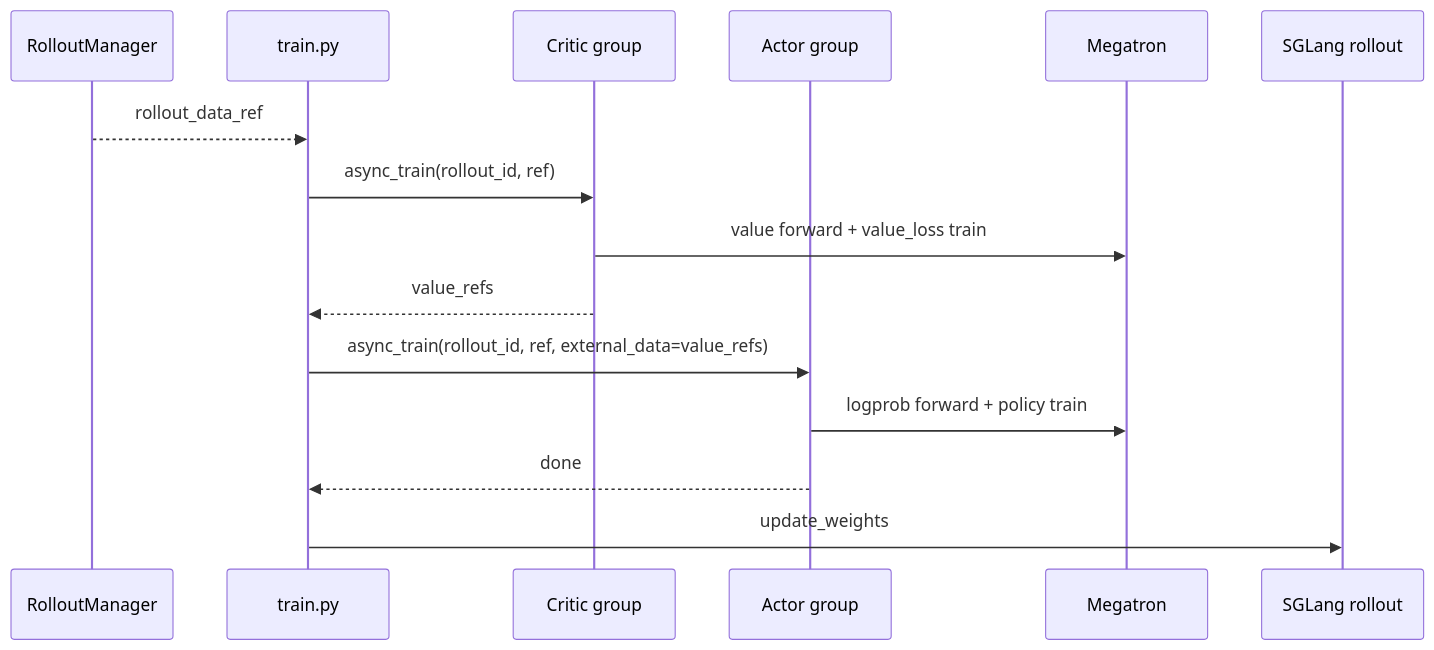
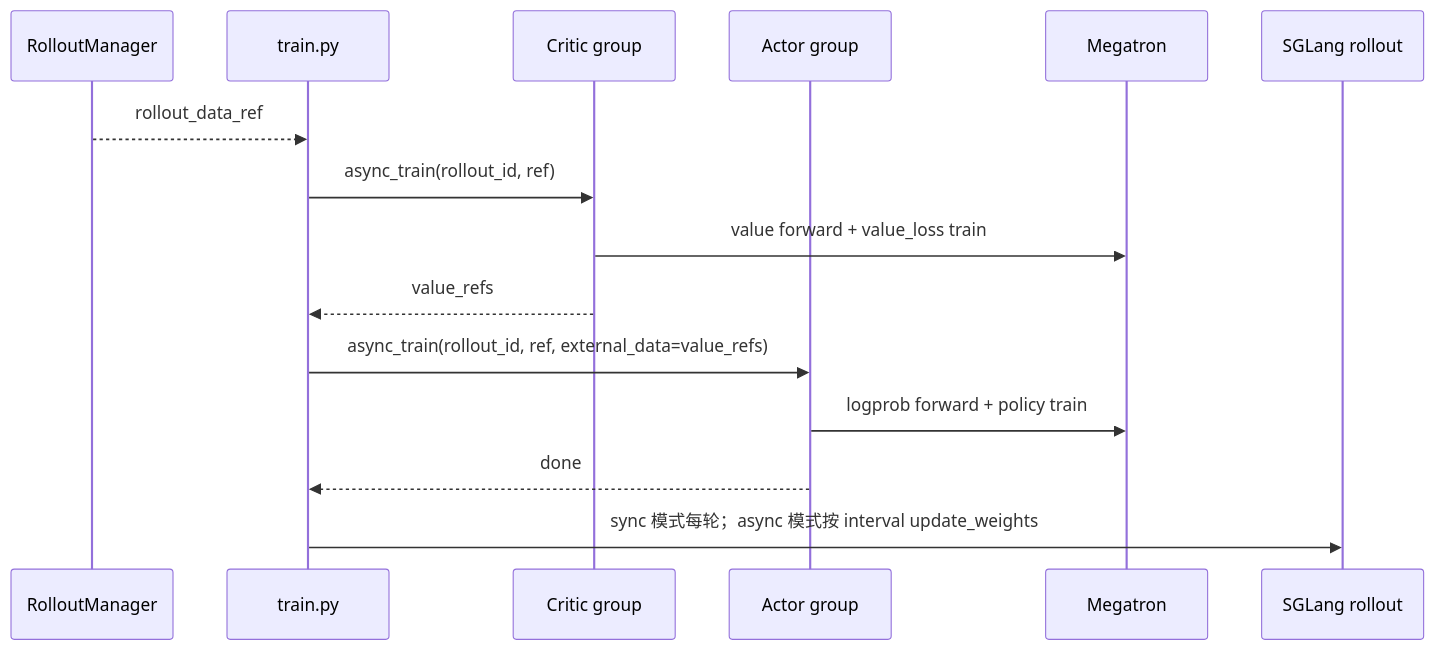
The second of 2 diagrams in slime_reading/训练后端/训练步骤/Slime-训练步骤.md (OnlyHero5/sglang-reading-vault), drawn with Mermaid before and after one commit. The commit also changed other lines of this file and 512 other files, not shown here.

````diff
--- a/slime_reading/训练后端/训练步骤/Slime-训练步骤.md
+++ b/slime_reading/训练后端/训练步骤/Slime-训练步骤.md
@@ -60,18 +62,18 @@
 ```mermaid
 sequenceDiagram
   participant RM as RolloutManager
   participant T as train.py
   participant C as Critic group
   participant A as Actor group
   participant M as Megatron
   participant R as SGLang rollout
 
   RM-->>T: rollout_data_ref
   T->>C: async_train(rollout_id, ref)
   C->>M: value forward + value_loss train
   C-->>T: value_refs
   T->>A: async_train(rollout_id, ref, external_data=value_refs)
   A->>M: logprob forward + policy train
   A-->>T: done
-  T->>R: update_weights
+  T->>R: sync 模式每轮；async 模式按 interval update_weights
 ```
````
